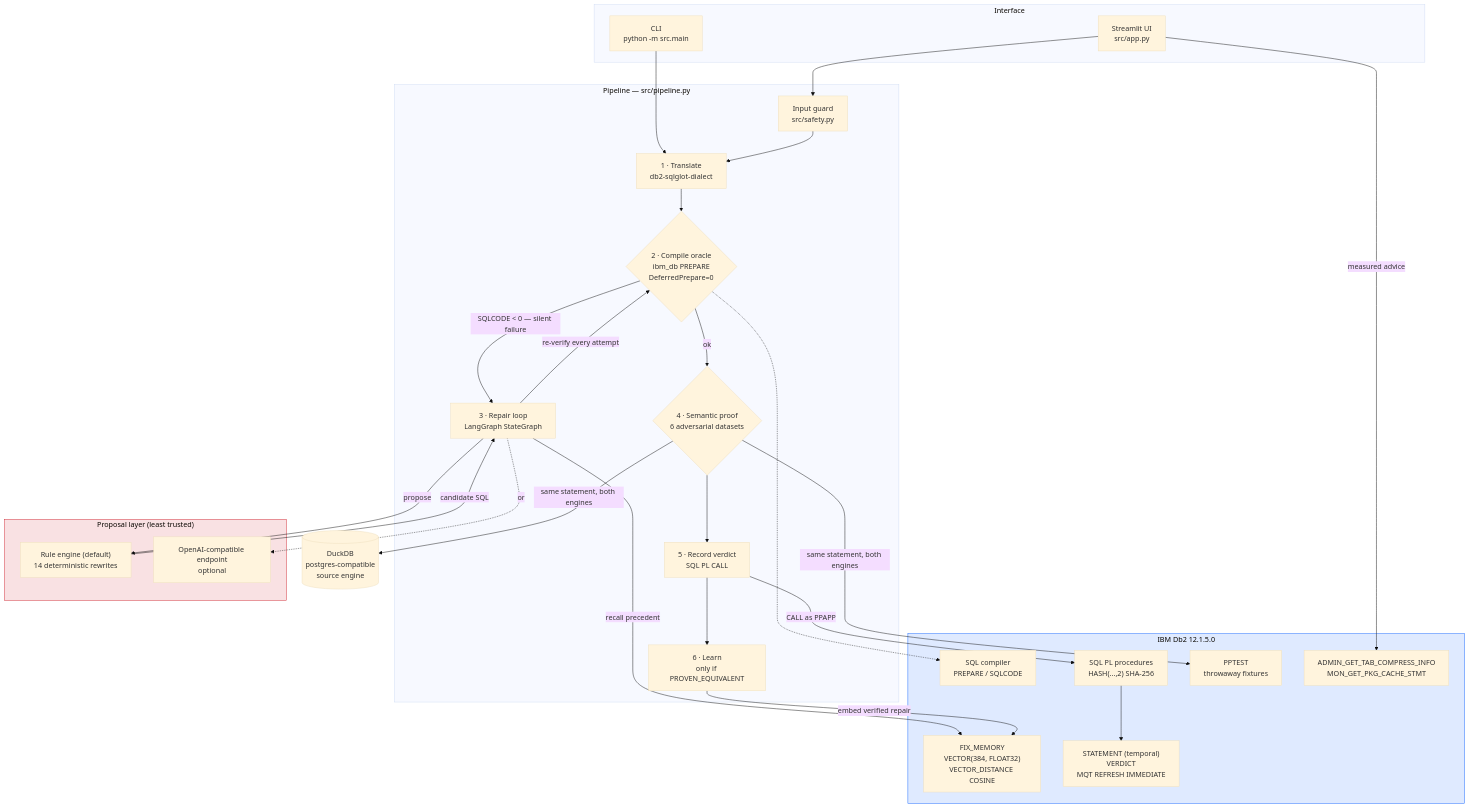
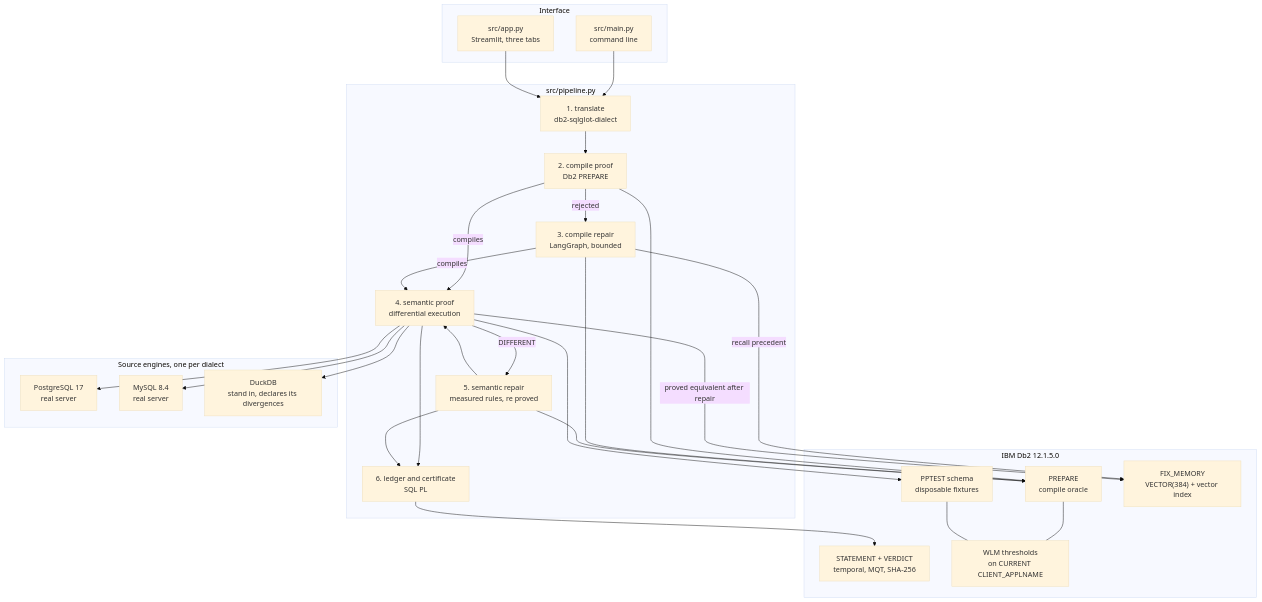
One commit to KunalGolaIBM/IBM_Db2_TechX_Project_Submission changed the diagram in submissions/portproof/architecture.md. Above: the diagram before and after it, drawn with Mermaid (base theme). The commit also changed other lines of this file and 29 other files, not shown here.

First line of the commit message:
feat(portproof): Prove against real engines, repair meaning, and stop claiming what was not earned

````diff
--- a/submissions/portproof/architecture.md
+++ b/submissions/portproof/architecture.md
@@ -23,56 +24,52 @@
 ```mermaid
 graph TD
     subgraph UI["Interface"]
-        CLI["CLI<br/>python -m src.main"]
-        WEB["Streamlit UI<br/>src/app.py"]
+        CLI["src/main.py<br/>command line"]
+        APP["src/app.py<br/>Streamlit, three tabs"]
     end
 
-    subgraph PIPE["Pipeline — src/pipeline.py"]
-        T["1 · Translate<br/>db2-sqlglot-dialect"]
-        G["Input guard<br/>src/safety.py"]
-        C{"2 · Compile oracle<br/>ibm_db PREPARE<br/>DeferredPrepare=0"}
-        R["3 · Repair loop<br/>LangGraph StateGraph"]
-        S{"4 · Semantic proof<br/>6 adversarial datasets"}
-        L["5 · Record verdict<br/>SQL PL CALL"]
-        M["6 · Learn<br/>only if PROVEN_EQUIVALENT"]
+    subgraph PIPE["src/pipeline.py"]
+        T["1. translate<br/>db2-sqlglot-dialect"]
+        C["2. compile proof<br/>Db2 PREPARE"]
+        R["3. compile repair<br/>LangGraph, bounded"]
+        S["4. semantic proof<br/>differential execution"]
+        SR["5. semantic repair<br/>measured rules, re proved"]
+        L["6. ledger and certificate<br/>SQL PL"]
     end
 
-    subgraph LLM["Proposal layer (least trusted)"]
-        RULES["Rule engine (default)<br/>14 deterministic rewrites"]
-        HTTP["OpenAI-compatible endpoint<br/>optional"]
+    subgraph SRC["Source engines, one per dialect"]
+        PG["PostgreSQL 17<br/>real server"]
+        MY["MySQL 8.4<br/>real server"]
+        DD["DuckDB<br/>stand in, declares its divergences"]
     end
 
     subgraph DB2["IBM Db2 12.1.5.0"]
-        COMPILE["SQL compiler<br/>PREPARE / SQLCODE"]
-        FIX["FIX_MEMORY<br/>VECTOR(384, FLOAT32)<br/>VECTOR_DISTANCE COSINE"]
-        PROC["SQL PL procedures<br/>HASH(...,2) SHA-256"]
-        LEDGER["STATEMENT (temporal)<br/>VERDICT<br/>MQT REFRESH IMMEDIATE"]
-        FIXT["PPTEST<br/>throwaway fixtures"]
-        MON["ADMIN_GET_TAB_COMPRESS_INFO<br/>MON_GET_PKG_CACHE_STMT"]
+        PREP["PREPARE<br/>compile oracle"]
+        FIX["PPTEST schema<br/>disposable fixtures"]
+        MEM["FIX_MEMORY<br/>VECTOR(384) + vector index"]
+        LED["STATEMENT + VERDICT<br/>temporal, MQT, SHA-256"]
+        WLM["WLM thresholds<br/>on CURRENT CLIENT_APPLNAME"]
     end
 
-    DUCK[("DuckDB<br/>postgres-compatible<br/>source engine")]
-
     CLI --> T
-    WEB --> G --> T
-    T --> C
-    C -->|"SQLCODE &lt; 0 — silent failure"| R
-    C -->|ok| S
-    R -->|"recall precedent"| FIX
-    R -->|"propose"| RULES
-    R -.->|"or"| HTTP
-    RULES -->|"candidate SQL"| R
-    R -->|"re-verify every attempt"| C
-    S -->|"same statement, both engines"| DUCK
-    S -->|"same statement, both engines"| FIXT
+    APP --> T
+    T --> C --> PREP
+    C -->|rejected| R
+    R -->|recall precedent| MEM
+    R --> PREP
+    C -->|compiles| S
+    R -->|compiles| S
+    S --> PG
+    S --> MY
+    S --> DD
+    S --> FIX
+    S -->|DIFFERENT| SR
+    SR --> PREP
+    SR --> S
     S --> L
-    L -->|"CALL as PPAPP"| PROC
-    PROC --> LEDGER
-    L --> M
-    M -->|"embed verified repair"| FIX
-    C -.-> COMPILE
-    WEB -->|"measured advice"| MON
-
-    style DB2 fill:#0f62fe22,stroke:#0f62fe
-    style LLM fill:#cf222e22,stroke:#cf222e
+    SR --> L
+    L --> LED
+    S -->|proved equivalent after repair| MEM
+    PREP --- WLM
+    FIX --- WLM
 ```
````
